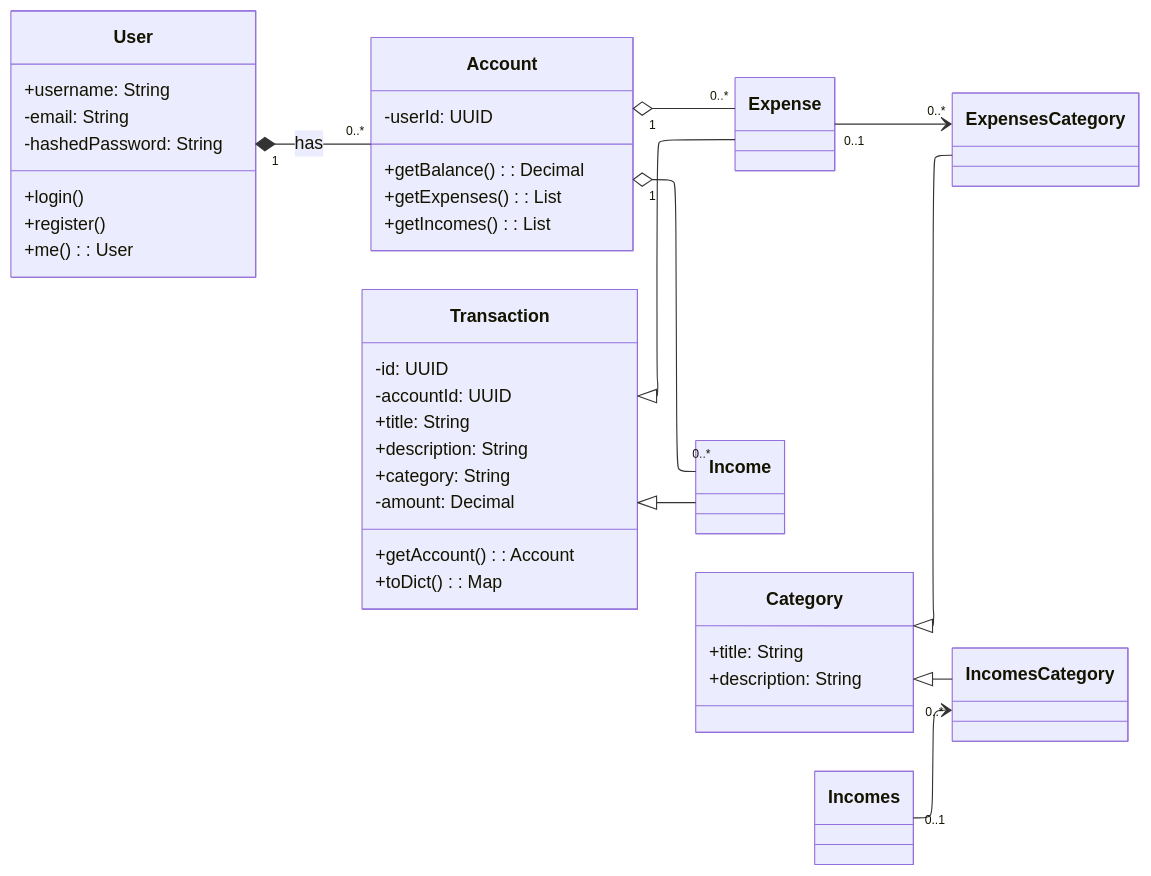
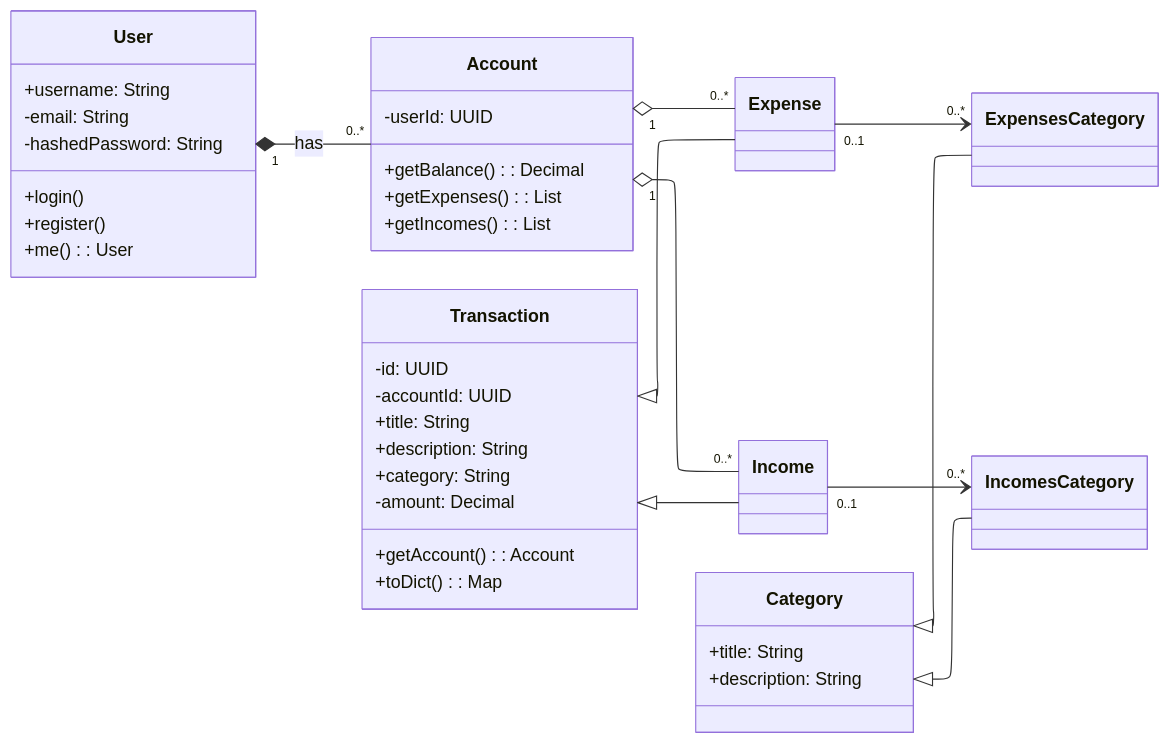
One commit to VihOht/AdmRef-backend changed the diagram in docs/models_diagram.md. Above: the diagram before and after it, drawn with Mermaid. The commit also changed 1 other file, not shown here.

Commit message:
fix: Typo on models

````diff
--- a/docs/models_diagram.md
+++ b/docs/models_diagram.md
@@ -4,58 +4,58 @@
 ```mermaid
 ---
 config:
   layout: elk
 ---
 classDiagram
 direction LR
     %% A user may own many accounts
     User "1" *-- "0..*" Account : has
 
     Transaction <|-- Expense
     Transaction <|-- Income
 
     %% An account has many transactions
     Account "1" o-- "0..*" Income
     Account "1" o-- "0..*" Expense
 
     Category <|-- ExpensesCategory
     Category <|-- IncomesCategory
 
     %% Each Transaction may have 0..1 category; each Category can have many transactions
-    Incomes "0..1" --> "0..*" IncomesCategory
+    Income "0..1" --> "0..*" IncomesCategory
     Expense "0..1" --> "0..*" ExpensesCategory
 
     class User {
         +username: String
         -email: String
         -hashedPassword: String
         +login()
         +register()
         +me(): User
     }
     class Account {
         -userId: UUID
         +getBalance(): Decimal
         +getExpenses(): List<Transaction>
         +getIncomes(): List<Transaction>
     }
     class Category {
         +title: String
         +description: String
     }
     class Transaction {
         -id: UUID
         -accountId: UUID
         +title: String
         +description: String
         +category: String
         -amount: Decimal
         +getAccount(): Account
         +toDict(): Map
     }
     class Expense
     class Income
     class ExpensesCategory
     class IncomesCategory
 
 ```
````
